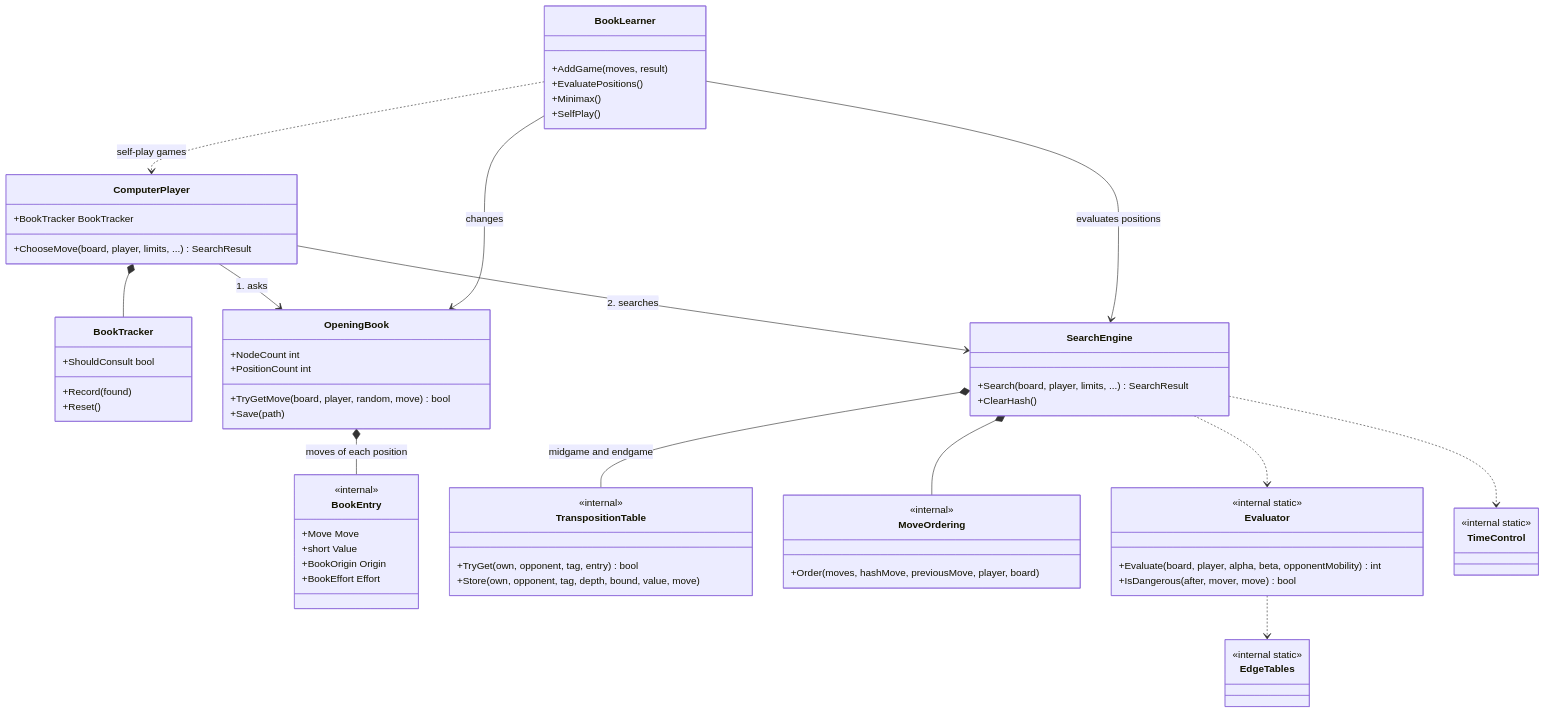
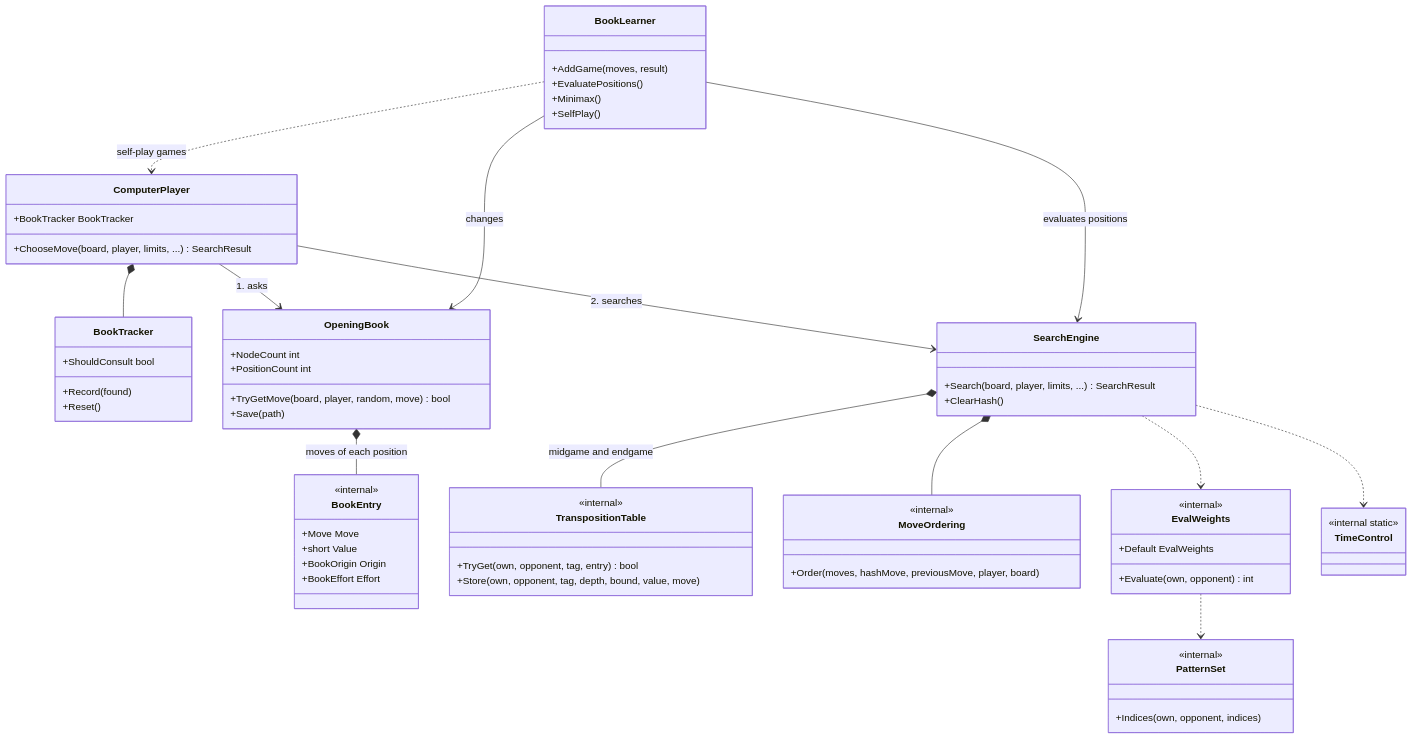
The third of 4 diagrams in docs/brain/01-overview.md (cjp-dev/Stello), drawn with Mermaid before and after one commit. The commit also changed other lines of this file and 19 other files, not shown here.

````diff
--- a/docs/brain/01-overview.md
+++ b/docs/brain/01-overview.md
@@ -133,67 +141,68 @@
 ```mermaid
 classDiagram
     class ComputerPlayer {
         +BookTracker BookTracker
         +ChooseMove(board, player, limits, ...) SearchResult
     }
     class BookTracker {
         +ShouldConsult bool
         +Record(found)
         +Reset()
     }
     class OpeningBook {
         +NodeCount int
         +PositionCount int
         +TryGetMove(board, player, random, move) bool
         +Save(path)
     }
     class BookEntry {
         <<internal>>
         +Move Move
         +short Value
         +BookOrigin Origin
         +BookEffort Effort
     }
     class SearchEngine {
         +Search(board, player, limits, ...) SearchResult
         +ClearHash()
     }
     class TranspositionTable {
         <<internal>>
         +TryGet(own, opponent, tag, entry) bool
         +Store(own, opponent, tag, depth, bound, value, move)
     }
     class MoveOrdering {
         <<internal>>
         +Order(moves, hashMove, previousMove, player, board)
     }
-    class Evaluator {
-        <<internal static>>
-        +Evaluate(board, player, alpha, beta, opponentMobility) int
-        +IsDangerous(after, mover, move) bool
+    class EvalWeights {
+        <<internal>>
+        +Default EvalWeights
+        +Evaluate(own, opponent) int
     }
-    class EdgeTables {
-        <<internal static>>
+    class PatternSet {
+        <<internal>>
+        +Indices(own, opponent, indices)
     }
     class TimeControl {
         <<internal static>>
     }
     class BookLearner {
         +AddGame(moves, result)
         +EvaluatePositions()
         +Minimax()
         +SelfPlay()
     }
     ComputerPlayer *-- BookTracker
     ComputerPlayer --> OpeningBook : 1. asks
     ComputerPlayer --> SearchEngine : 2. searches
     OpeningBook *-- BookEntry : moves of each position
     SearchEngine *-- TranspositionTable : midgame and endgame
     SearchEngine *-- MoveOrdering
-    SearchEngine ..> Evaluator
+    SearchEngine ..> EvalWeights
     SearchEngine ..> TimeControl
-    Evaluator ..> EdgeTables
+    EvalWeights ..> PatternSet
     BookLearner --> OpeningBook : changes
     BookLearner --> SearchEngine : evaluates positions
     BookLearner ..> ComputerPlayer : self-play games
 ```
````
